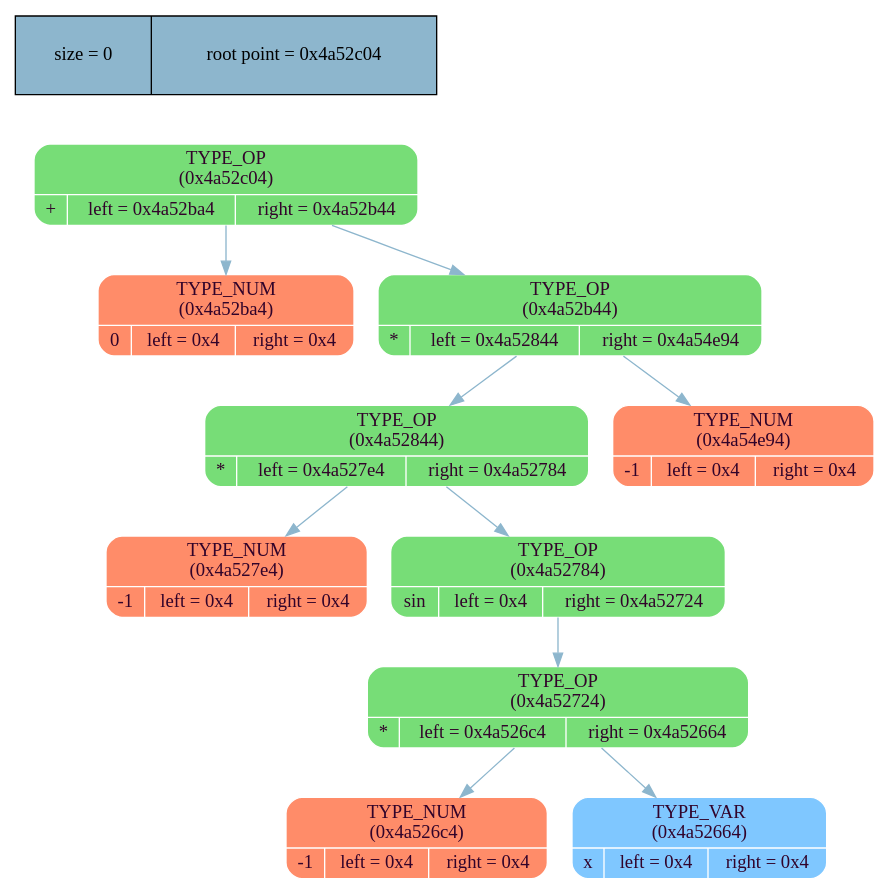
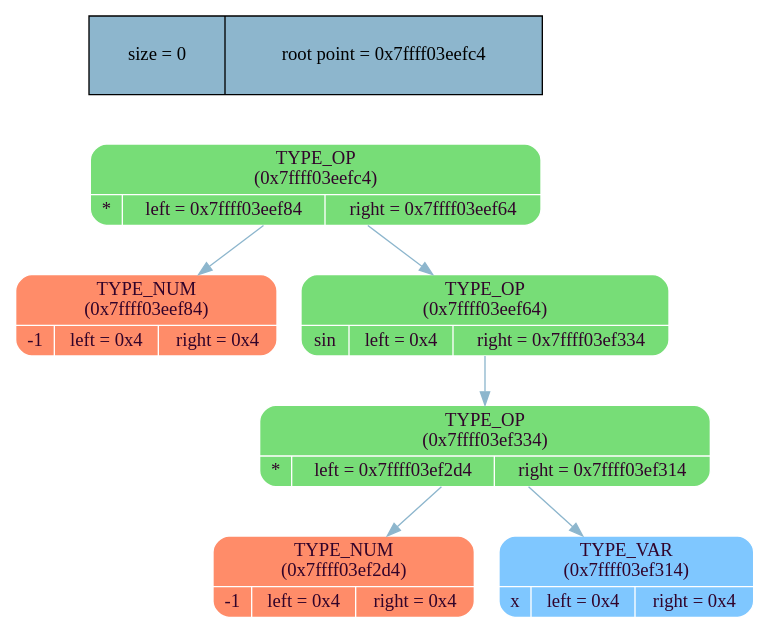
The diagram in tree/graph_lib/tree_dump.dot (MaxGroshev/differentiator), drawn with Graphviz before and after one commit. The commit also changed 3 other files, not shown here.

```diff
--- a/tree/graph_lib/tree_dump.dot
+++ b/tree/graph_lib/tree_dump.dot
@@ -1,28 +1,20 @@
 digraph   
 {
 rankdir = ""
 splines = "true"
 
-node_stat [margin = "0.3*0.3", style = "filled", shape = "record", fillcolor = "#8DB6CD" label = " size = 0 | root point = 0x4a52c04"]
+node_stat [margin = "0.3*0.3", style = "filled", shape = "record", fillcolor = "#8DB6CD" label = " size = 0 | root point = 0x7ffff03eefc4"]
 {rank = source; node_stat}
 
-node0x4a52c04 [shape = "Mrecord", fillcolor = "#77DD77", style = "filled", fontcolor = "#31032A", fontname = "Calibri", color = "white", label = "{TYPE_OP\n (0x4a52c04)| {+ |left = 0x4a52ba4 |right = 0x4a52b44}}"]
-node0x4a52c04 -> node0x4a52ba4 [color = "#8DB6CD", style = "", constraint = true, fillcolor = "#8DB6CD",   fontcolor = "", fontname = "Calibri", label = ""];
-node0x4a52ba4 [shape = "Mrecord", fillcolor = "#FF8C69", style = "filled", fontcolor = "#31032A", fontname = "Calibri", color = "white", label = "{TYPE_NUM\n (0x4a52ba4)| {0 |left = 0x4 |right = 0x4}}"]
-node0x4a52c04 -> node0x4a52b44 [color = "#8DB6CD", style = "", constraint = true, fillcolor = "#8DB6CD",   fontcolor = "", fontname = "Calibri", label = ""];
-node0x4a52b44 [shape = "Mrecord", fillcolor = "#77DD77", style = "filled", fontcolor = "#31032A", fontname = "Calibri", color = "white", label = "{TYPE_OP\n (0x4a52b44)| {* |left = 0x4a52844 |right = 0x4a54e94}}"]
-node0x4a52b44 -> node0x4a52844 [color = "#8DB6CD", style = "", constraint = true, fillcolor = "#8DB6CD",   fontcolor = "", fontname = "Calibri", label = ""];
-node0x4a52844 [shape = "Mrecord", fillcolor = "#77DD77", style = "filled", fontcolor = "#31032A", fontname = "Calibri", color = "white", label = "{TYPE_OP\n (0x4a52844)| {* |left = 0x4a527e4 |right = 0x4a52784}}"]
-node0x4a52844 -> node0x4a527e4 [color = "#8DB6CD", style = "", constraint = true, fillcolor = "#8DB6CD",   fontcolor = "", fontname = "Calibri", label = ""];
-node0x4a527e4 [shape = "Mrecord", fillcolor = "#FF8C69", style = "filled", fontcolor = "#31032A", fontname = "Calibri", color = "white", label = "{TYPE_NUM\n (0x4a527e4)| {-1 |left = 0x4 |right = 0x4}}"]
-node0x4a52844 -> node0x4a52784 [color = "#8DB6CD", style = "", constraint = true, fillcolor = "#8DB6CD",   fontcolor = "", fontname = "Calibri", label = ""];
-node0x4a52784 [shape = "Mrecord", fillcolor = "#77DD77", style = "filled", fontcolor = "#31032A", fontname = "Calibri", color = "white", label = "{TYPE_OP\n (0x4a52784)| {sin |left = 0x4 |right = 0x4a52724}}"]
-node0x4a52784 -> node0x4a52724 [color = "#8DB6CD", style = "", constraint = true, fillcolor = "#8DB6CD",   fontcolor = "", fontname = "Calibri", label = ""];
-node0x4a52724 [shape = "Mrecord", fillcolor = "#77DD77", style = "filled", fontcolor = "#31032A", fontname = "Calibri", color = "white", label = "{TYPE_OP\n (0x4a52724)| {* |left = 0x4a526c4 |right = 0x4a52664}}"]
-node0x4a52724 -> node0x4a526c4 [color = "#8DB6CD", style = "", constraint = true, fillcolor = "#8DB6CD",   fontcolor = "", fontname = "Calibri", label = ""];
-node0x4a526c4 [shape = "Mrecord", fillcolor = "#FF8C69", style = "filled", fontcolor = "#31032A", fontname = "Calibri", color = "white", label = "{TYPE_NUM\n (0x4a526c4)| {-1 |left = 0x4 |right = 0x4}}"]
-node0x4a52724 -> node0x4a52664 [color = "#8DB6CD", style = "", constraint = true, fillcolor = "#8DB6CD",   fontcolor = "", fontname = "Calibri", label = ""];
-node0x4a52664 [shape = "Mrecord", fillcolor = "#7FC7FF", style = "filled", fontcolor = "#31032A", fontname = "Calibri", color = "white", label = "{TYPE_VAR\n (0x4a52664)| {x |left = 0x4 |right = 0x4}}"]
-node0x4a52b44 -> node0x4a54e94 [color = "#8DB6CD", style = "", constraint = true, fillcolor = "#8DB6CD",   fontcolor = "", fontname = "Calibri", label = ""];
-node0x4a54e94 [shape = "Mrecord", fillcolor = "#FF8C69", style = "filled", fontcolor = "#31032A", fontname = "Calibri", color = "white", label = "{TYPE_NUM\n (0x4a54e94)| {-1 |left = 0x4 |right = 0x4}}"]
+node0x7ffff03eefc4 [shape = "Mrecord", fillcolor = "#77DD77", style = "filled", fontcolor = "#31032A", fontname = "Calibri", color = "white", label = "{TYPE_OP\n (0x7ffff03eefc4)| {* |left = 0x7ffff03eef84 |right = 0x7ffff03eef64}}"]
+node0x7ffff03eefc4 -> node0x7ffff03eef84 [color = "#8DB6CD", style = "", constraint = true, fillcolor = "#8DB6CD",   fontcolor = "", fontname = "Calibri", label = ""];
+node0x7ffff03eef84 [shape = "Mrecord", fillcolor = "#FF8C69", style = "filled", fontcolor = "#31032A", fontname = "Calibri", color = "white", label = "{TYPE_NUM\n (0x7ffff03eef84)| {-1 |left = 0x4 |right = 0x4}}"]
+node0x7ffff03eefc4 -> node0x7ffff03eef64 [color = "#8DB6CD", style = "", constraint = true, fillcolor = "#8DB6CD",   fontcolor = "", fontname = "Calibri", label = ""];
+node0x7ffff03eef64 [shape = "Mrecord", fillcolor = "#77DD77", style = "filled", fontcolor = "#31032A", fontname = "Calibri", color = "white", label = "{TYPE_OP\n (0x7ffff03eef64)| {sin |left = 0x4 |right = 0x7ffff03ef334}}"]
+node0x7ffff03eef64 -> node0x7ffff03ef334 [color = "#8DB6CD", style = "", constraint = true, fillcolor = "#8DB6CD",   fontcolor = "", fontname = "Calibri", label = ""];
+node0x7ffff03ef334 [shape = "Mrecord", fillcolor = "#77DD77", style = "filled", fontcolor = "#31032A", fontname = "Calibri", color = "white", label = "{TYPE_OP\n (0x7ffff03ef334)| {* |left = 0x7ffff03ef2d4 |right = 0x7ffff03ef314}}"]
+node0x7ffff03ef334 -> node0x7ffff03ef2d4 [color = "#8DB6CD", style = "", constraint = true, fillcolor = "#8DB6CD",   fontcolor = "", fontname = "Calibri", label = ""];
+node0x7ffff03ef2d4 [shape = "Mrecord", fillcolor = "#FF8C69", style = "filled", fontcolor = "#31032A", fontname = "Calibri", color = "white", label = "{TYPE_NUM\n (0x7ffff03ef2d4)| {-1 |left = 0x4 |right = 0x4}}"]
+node0x7ffff03ef334 -> node0x7ffff03ef314 [color = "#8DB6CD", style = "", constraint = true, fillcolor = "#8DB6CD",   fontcolor = "", fontname = "Calibri", label = ""];
+node0x7ffff03ef314 [shape = "Mrecord", fillcolor = "#7FC7FF", style = "filled", fontcolor = "#31032A", fontname = "Calibri", color = "white", label = "{TYPE_VAR\n (0x7ffff03ef314)| {x |left = 0x4 |right = 0x4}}"]
 }
```
